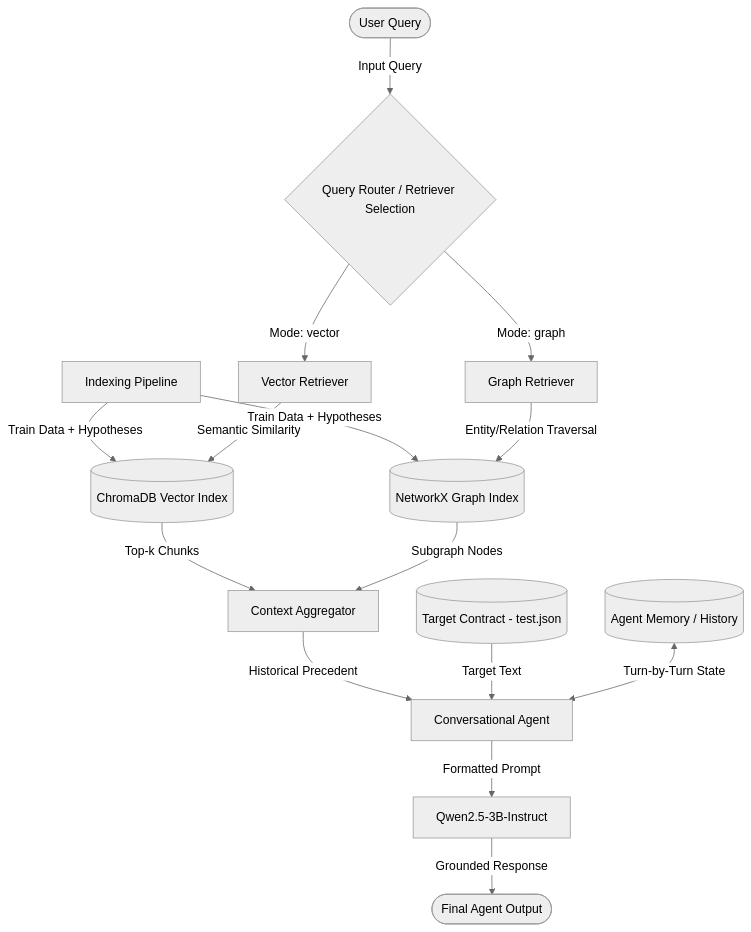
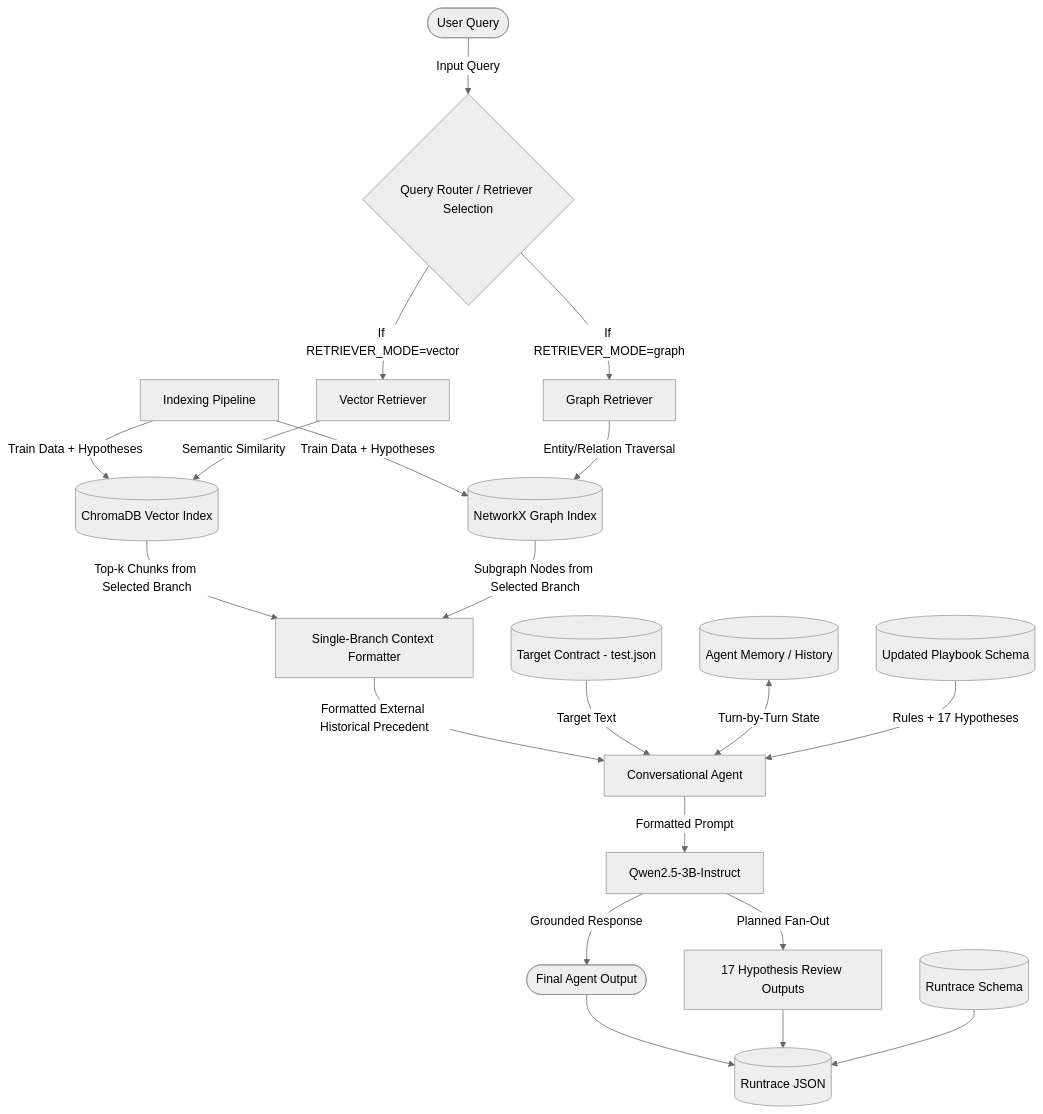
Before and after one commit to YousefElbrolosy/legal-document-analysis-using-genAI: the diagram in ms2/ms2-architecture-report.md, drawn with Mermaid (neutral theme). The commit also changed other lines of this file and 15 other files, not shown here.

````diff
--- a/ms2/ms2-architecture-report.md
+++ b/ms2/ms2-architecture-report.md
@@ -8,25 +12,30 @@
 ```mermaid
 graph TD
     User([User Query]) --> |Input Query| Router{Query Router / Retriever Selection}
     
     subindex[Indexing Pipeline]
     subindex --> |Train Data + Hypotheses| VectorDB[(ChromaDB Vector Index)]
     subindex --> |Train Data + Hypotheses| GraphDB[(NetworkX Graph Index)]
     
-    Router -->|Mode: vector| VR[Vector Retriever]
-    Router -->|Mode: graph| GR[Graph Retriever]
+    Router -->|If RETRIEVER_MODE=vector| VR[Vector Retriever]
+    Router -->|If RETRIEVER_MODE=graph| GR[Graph Retriever]
     
     VR --> |Semantic Similarity| VectorDB
     GR --> |Entity/Relation Traversal| GraphDB
     
-    VectorDB --> |Top-k Chunks| ContextAgg[Context Aggregator]
-    GraphDB --> |Subgraph Nodes| ContextAgg
+    VectorDB --> |Top-k Chunks from Selected Branch| ContextAgg[Single-Branch Context Formatter]
+    GraphDB --> |Subgraph Nodes from Selected Branch| ContextAgg
     
-    ContextAgg --> |Historical Precedent| Agent[Conversational Agent]
+    ContextAgg --> |Formatted External Historical Precedent| Agent[Conversational Agent]
     
     TargetContract[(Target Contract - test.json)] --> |Target Text| Agent
     Memory[(Agent Memory / History)] <--> |Turn-by-Turn State| Agent
+    Playbook[(Updated Playbook Schema)] --> |Rules + 17 Hypotheses| Agent
     
     Agent --> |Formatted Prompt| LLM[Qwen2.5-3B-Instruct]
     LLM --> |Grounded Response| Output([Final Agent Output])
+    LLM --> |Planned Fan-Out| HypAgents[17 Hypothesis Review Outputs]
+    Output --> Runtrace[(Runtrace JSON)]
+    HypAgents --> Runtrace
+    RuntraceSchema[(Runtrace Schema)] --> Runtrace
 ```
````
